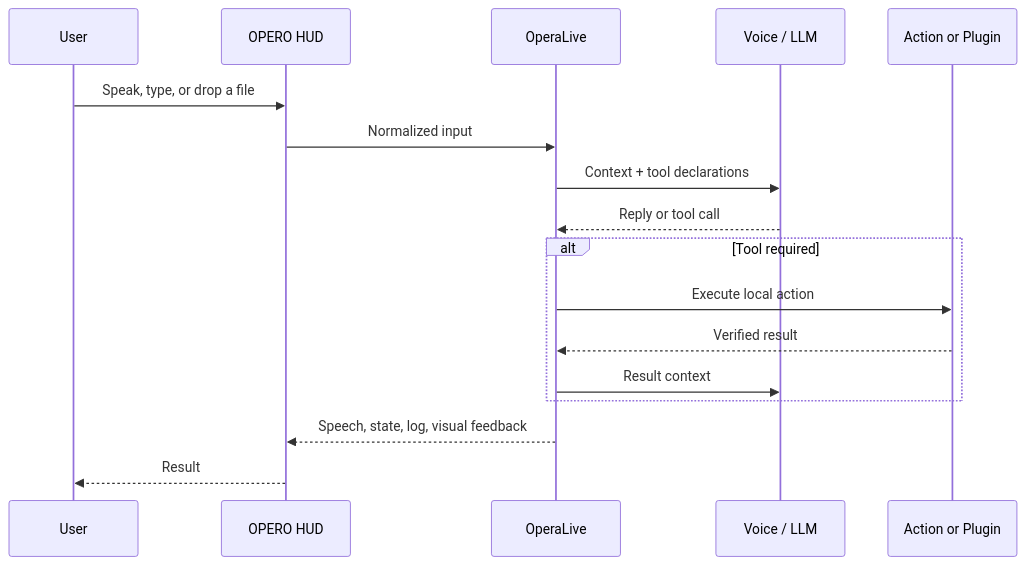
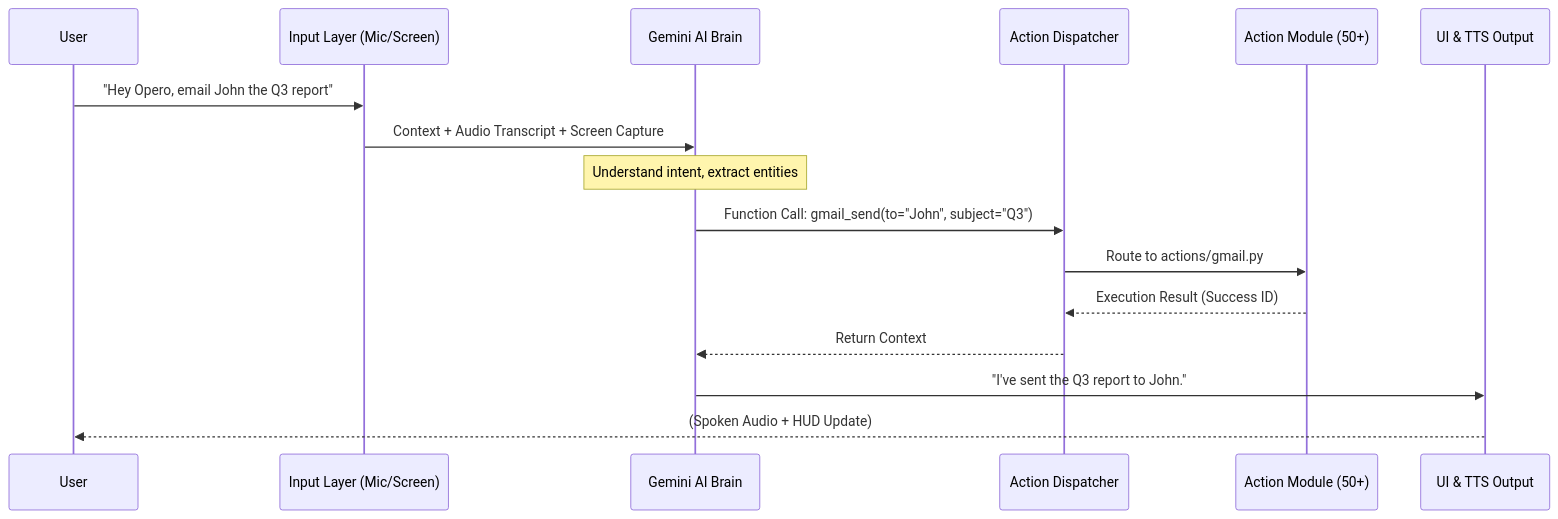
Before and after one commit to channallikrishnasai/The-Opero: the first of 2 diagrams in README.md, drawn with Mermaid. The commit also changed other lines of this file and 153 other files, not shown here.

````diff
--- a/README.md
+++ b/README.md
@@ -119,19 +41,19 @@
 ```mermaid
 sequenceDiagram
-    participant User
-    participant HUD as OPERO HUD
-    participant Runtime as OperaLive
-    participant Model as Voice / LLM
-    participant Tool as Action or Plugin
-    User->>HUD: Speak, type, or drop a file
-    HUD->>Runtime: Normalized input
-    Runtime->>Model: Context + tool declarations
-    Model-->>Runtime: Reply or tool call
-    alt Tool required
-        Runtime->>Tool: Execute local action
-        Tool-->>Runtime: Verified result
-        Runtime->>Model: Result context
-    end
-    Runtime-->>HUD: Speech, state, log, visual feedback
-    HUD-->>User: Result
+    participant User as User
+    participant Input as Input Layer (Mic/Screen)
+    participant Brain as Gemini AI Brain
+    participant Dispatch as Action Dispatcher
+    participant Module as Action Module (50+)
+    participant UI as UI & TTS Output
+    
+    User->>Input: "Hey Opero, email John the Q3 report"
+    Input->>Brain: Context + Audio Transcript + Screen Capture
+    Note over Brain: Understand intent, extract entities
+    Brain->>Dispatch: Function Call: gmail_send(to="John", subject="Q3")
+    Dispatch->>Module: Route to actions/gmail.py
+    Module-->>Dispatch: Execution Result (Success ID)
+    Dispatch-->>Brain: Return Context
+    Brain->>UI: "I've sent the Q3 report to John."
+    UI-->>User: (Spoken Audio + HUD Update)
 ```
````
